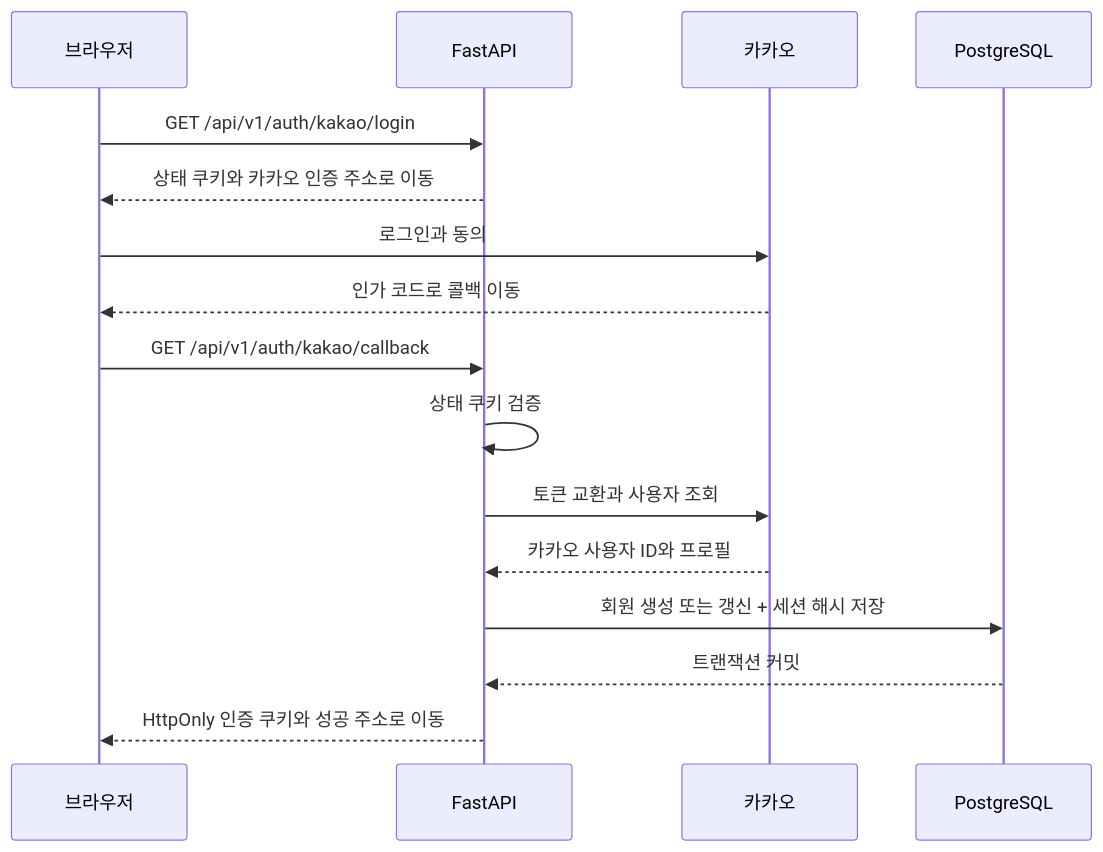
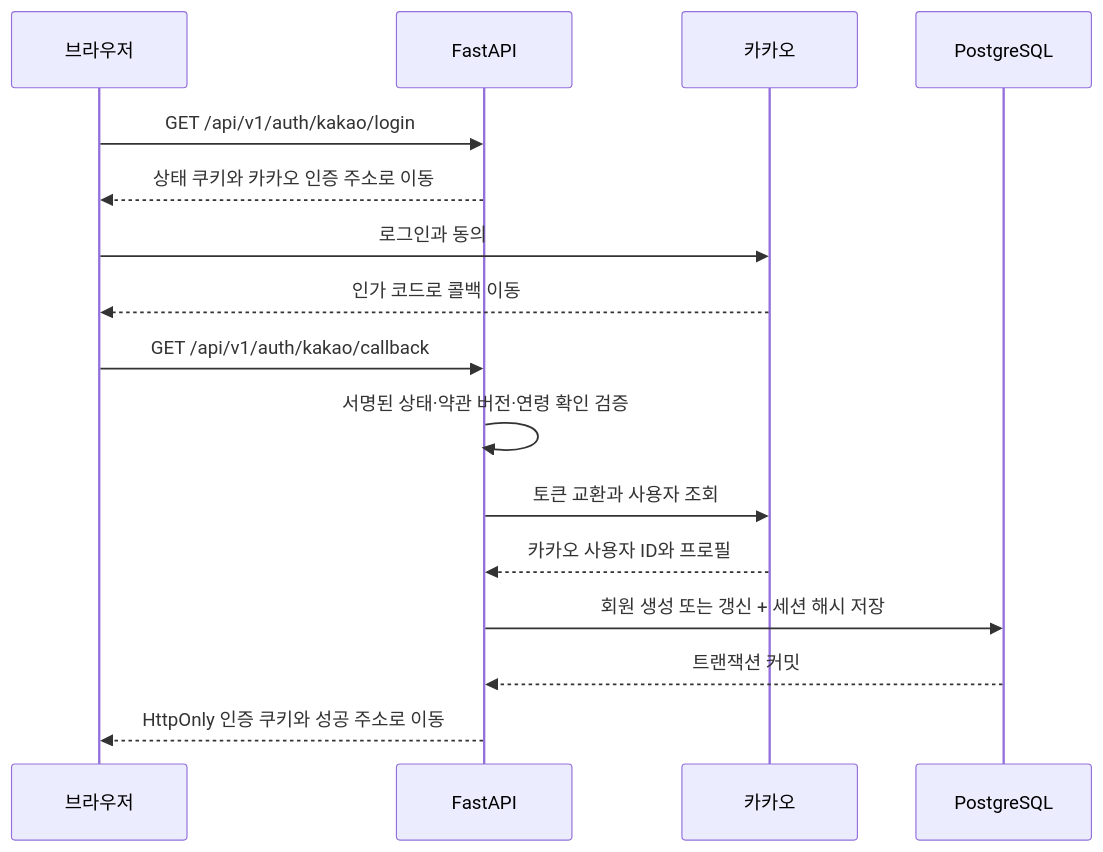
The diagram in docs/AUTH_API_SPEC.md (sub-blind/Giljabi), drawn with Mermaid before and after one commit. The commit also changed other lines of this file and 38 other files, not shown here.

````diff
--- a/docs/AUTH_API_SPEC.md
+++ b/docs/AUTH_API_SPEC.md
@@ -7,18 +7,18 @@
 ```mermaid
 sequenceDiagram
     participant B as 브라우저
     participant A as FastAPI
     participant K as 카카오
     participant D as PostgreSQL
     B->>A: GET /api/v1/auth/kakao/login
     A-->>B: 상태 쿠키와 카카오 인증 주소로 이동
     B->>K: 로그인과 동의
     K-->>B: 인가 코드로 콜백 이동
     B->>A: GET /api/v1/auth/kakao/callback
-    A->>A: 상태 쿠키 검증
+    A->>A: 서명된 상태·약관 버전·연령 확인 검증
     A->>K: 토큰 교환과 사용자 조회
     K-->>A: 카카오 사용자 ID와 프로필
     A->>D: 회원 생성 또는 갱신 + 세션 해시 저장
     D-->>A: 트랜잭션 커밋
     A-->>B: HttpOnly 인증 쿠키와 성공 주소로 이동
 ```
````
